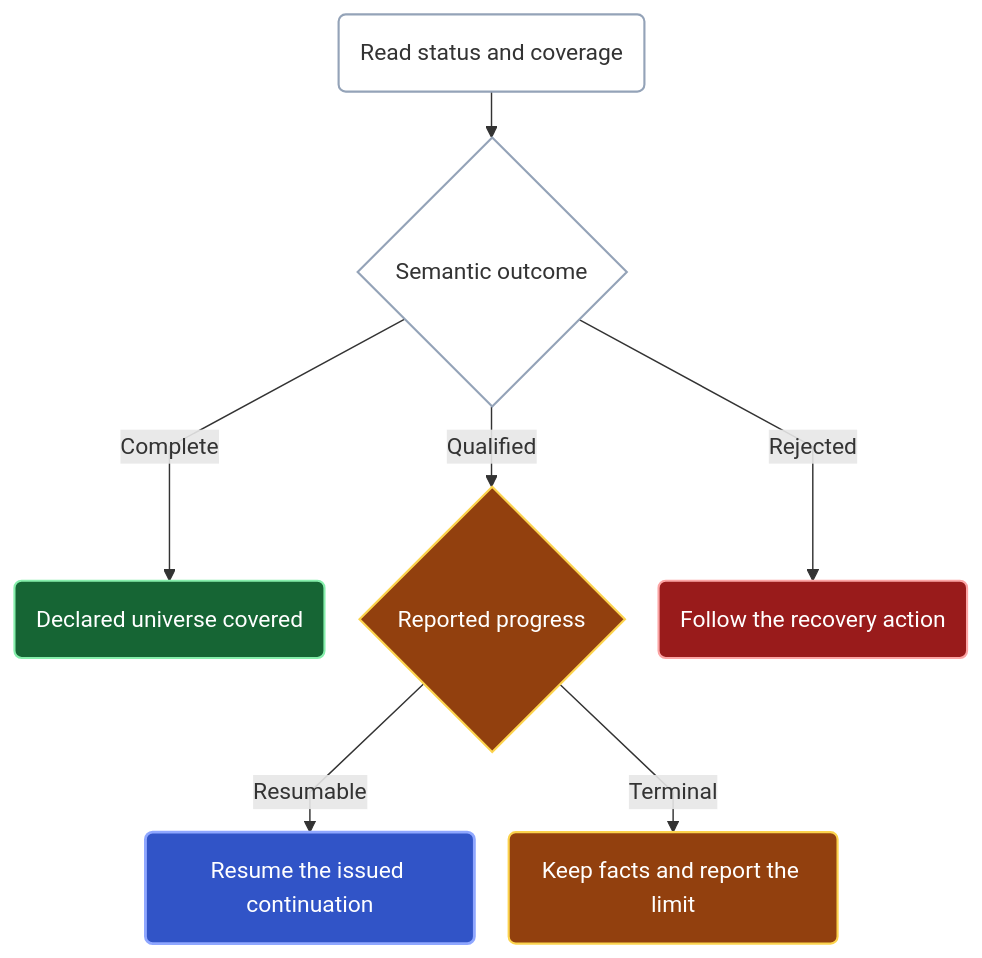
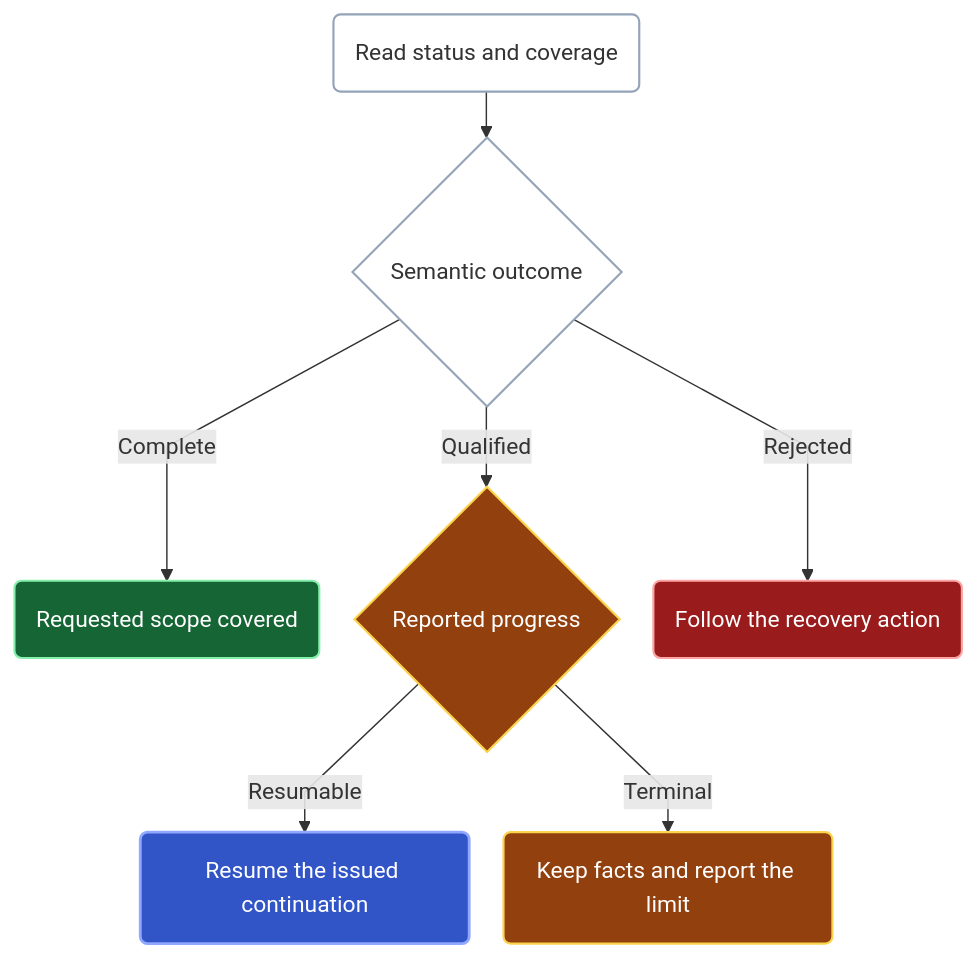
One commit to amichne/kast changed the diagram in docs/public/reference/responses.mdx. Above: the diagram before and after it, drawn with Mermaid. The commit also changed other lines of this file and 10 other files, not shown here.

````diff
--- a/docs/public/reference/responses.mdx
+++ b/docs/public/reference/responses.mdx
@@ -36,21 +36,21 @@
 ```mermaid
 %%{init: {"flowchart": {"curve": "linear", "nodeSpacing": 24, "rankSpacing": 32}}}%%
 flowchart TB
   accTitle: Completion, resumable work, and terminal limits are different outcomes
   accDescr: A complete result establishes coverage of its declared universe. A qualified result either carries a usable continuation or a terminal limitation. A rejected request requires its reported recovery action. Row count alone determines none of these states.
   A("Read status and coverage") --> S{"Semantic outcome"}
-  S -->|Complete| C("Declared universe covered")
+  S -->|Complete| C("Requested scope covered")
   S -->|Qualified| Q{"Reported progress"}
   S -->|Rejected| F("Follow the recovery action")
   Q -->|Resumable| R("Resume the issued continuation")
   Q -->|Terminal| T("Keep facts and report the limit")
   classDef default fill:transparent,stroke:#94A3B8,stroke-width:1.5px;
   classDef authority fill:#3154C7,color:#FFFFFF,stroke:#8FA7FF,stroke-width:2px;
   classDef evidence fill:#166534,color:#FFFFFF,stroke:#86EFAC,stroke-width:1.5px;
   classDef limited fill:#92400E,color:#FFFFFF,stroke:#FCD34D,stroke-width:1.5px;
   classDef rejected fill:#991B1B,color:#FFFFFF,stroke:#FCA5A5,stroke-width:1.5px;
   class C evidence;
   class Q,T limited;
   class R authority;
   class F rejected;
 ```
````
